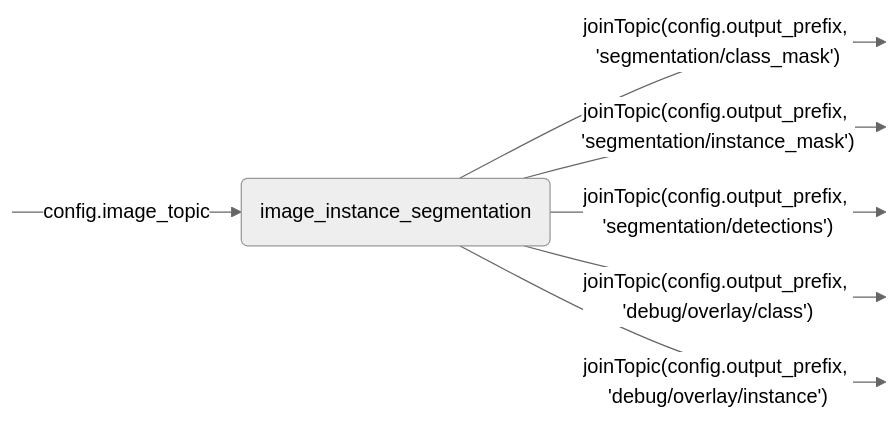
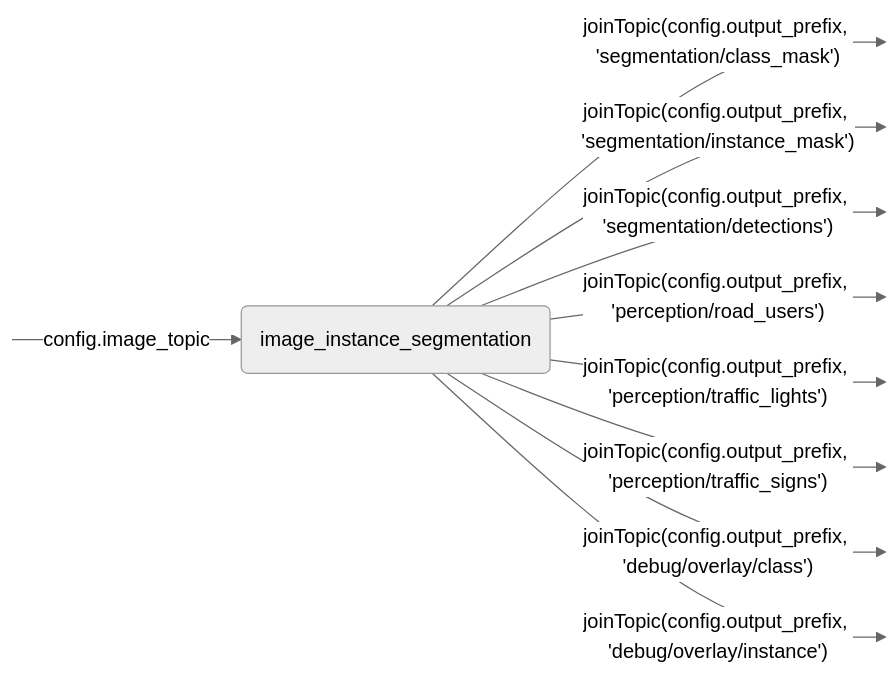
Before and after one commit to openads-project/image_instance_segmentation: the diagram in image_instance_segmentation/README.md, drawn with Mermaid (neutral theme). The commit also changed other lines of this file and 13 other files, not shown here.

Commit message:
Add perception output capabilities for road users, traffic lights, and traffic signs

````diff
--- a/image_instance_segmentation/README.md
+++ b/image_instance_segmentation/README.md
@@ -13,11 +13,14 @@
 ```mermaid
 flowchart LR
     NODE("image_instance_segmentation")
     S0:::hidden -->|config.image_topic| NODE
     NODE -->|"joinTopic(config.output_prefix, 'segmentation/class_mask')"| P0:::hidden
     NODE -->|"joinTopic(config.output_prefix, 'segmentation/instance_mask')"| P1:::hidden
     NODE -->|"joinTopic(config.output_prefix, 'segmentation/detections')"| P2:::hidden
-    NODE -->|"joinTopic(config.output_prefix, 'debug/overlay/class')"| P3:::hidden
-    NODE -->|"joinTopic(config.output_prefix, 'debug/overlay/instance')"| P4:::hidden
+    NODE -->|"joinTopic(config.output_prefix, 'perception/road_users')"| P3:::hidden
+    NODE -->|"joinTopic(config.output_prefix, 'perception/traffic_lights')"| P4:::hidden
+    NODE -->|"joinTopic(config.output_prefix, 'perception/traffic_signs')"| P5:::hidden
+    NODE -->|"joinTopic(config.output_prefix, 'debug/overlay/class')"| P6:::hidden
+    NODE -->|"joinTopic(config.output_prefix, 'debug/overlay/instance')"| P7:::hidden
     classDef hidden display: none;
 ```
````
